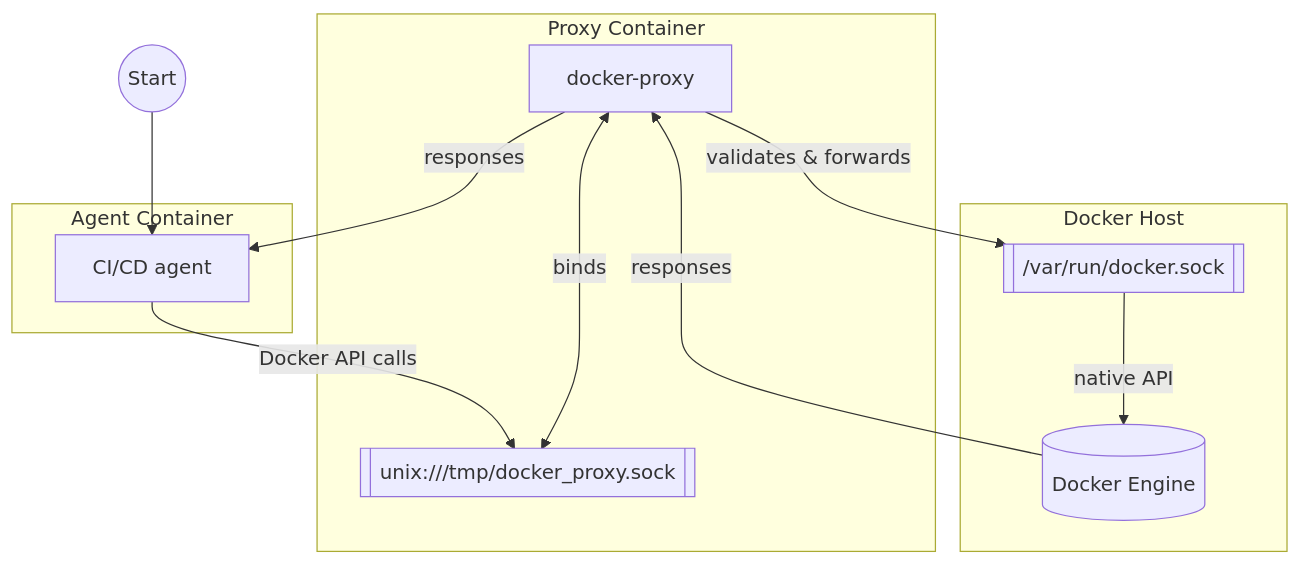
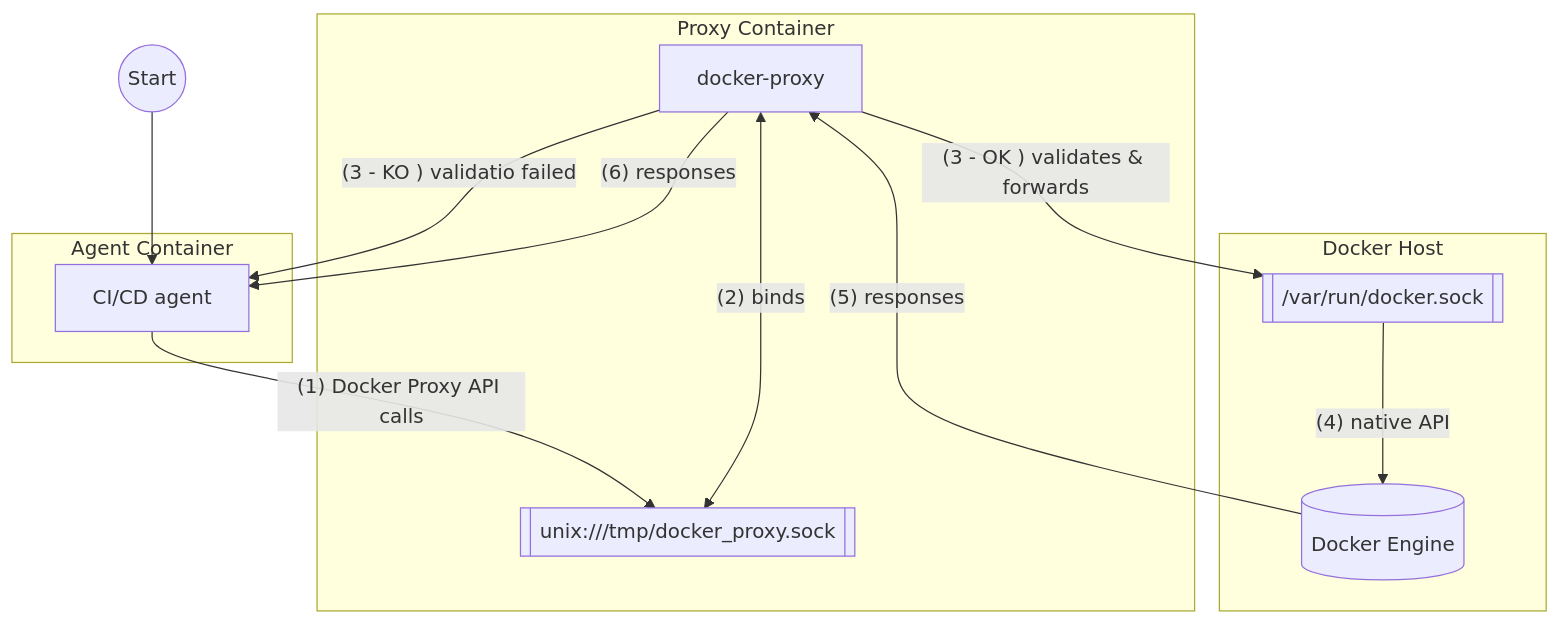
Before and after one commit to hypolas/docker-proxy: the diagram in README.md, drawn with Mermaid. The commit also changed 1 other file, not shown here.

Commit message:
Remove Docker auto description

````diff
--- a/README.md
+++ b/README.md
@@ -250,25 +250,26 @@
 ```mermaid
 graph TB
     subgraph "Agent Container"
         agent[CI/CD agent]
     end
 
     subgraph "Proxy Container"
         proxy[docker-proxy]
         proxySock[[unix:///tmp/docker_proxy.sock]]
     end
 
     subgraph "Docker Host"
         dockerSock[[/var/run/docker.sock]]
         engine[(Docker Engine)]
     end
 
     start((Start))
     start --> agent[CI/CD agent]
-    agent -->|Docker API calls| proxySock
-    proxy <-- binds --> proxySock
-    proxy -->|validates & forwards| dockerSock
-    dockerSock -->|native API| engine
-    engine -->|responses| proxy
-    proxy -->|responses| agent
+    agent -->|"(1) Docker Proxy API calls"| proxySock
+    proxy <-- "(2) binds" --> proxySock
+    proxy -->|"(3 - OK ) validates & forwards"| dockerSock
+    proxy -->|"(3 - KO ) validatio failed"| agent
+    dockerSock -->|"(4) native API"| engine
+    engine -->|"(5) responses"| proxy
+    proxy -->|"(6) responses"| agent
 ```
````
